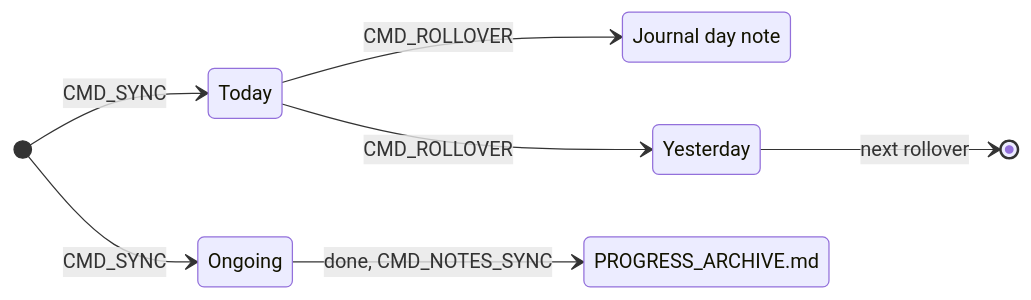
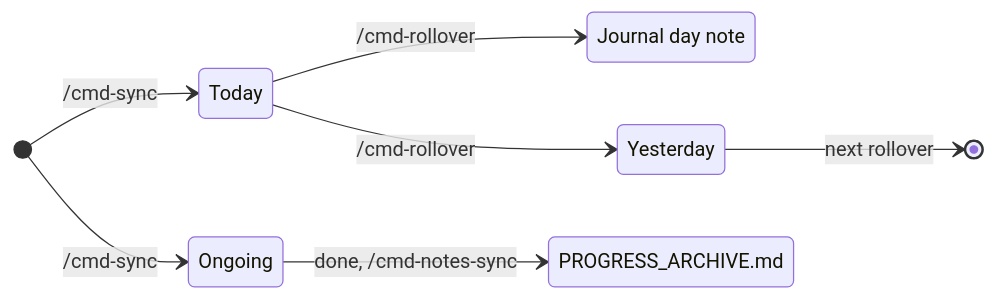
The fourth of 6 diagrams in README.md (zelvet-velvet/agent-worklog-vault), drawn with Mermaid before and after one commit. The commit also changed other lines of this file and 16 other files, not shown here.

````diff
--- a/README.md
+++ b/README.md
@@ -80,12 +80,12 @@
 ```mermaid
 stateDiagram-v2
     direction LR
-    [*] --> Today: CMD_SYNC
-    Today --> DayNote: CMD_ROLLOVER
-    Today --> Yesterday: CMD_ROLLOVER
+    [*] --> Today: /cmd-sync
+    Today --> DayNote: /cmd-rollover
+    Today --> Yesterday: /cmd-rollover
     Yesterday --> [*]: next rollover
-    [*] --> Ongoing: CMD_SYNC
-    Ongoing --> Archive: done, CMD_NOTES_SYNC
+    [*] --> Ongoing: /cmd-sync
+    Ongoing --> Archive: done, /cmd-notes-sync
     DayNote: Journal day note
     Archive: PROGRESS_ARCHIVE.md
 ```
````
